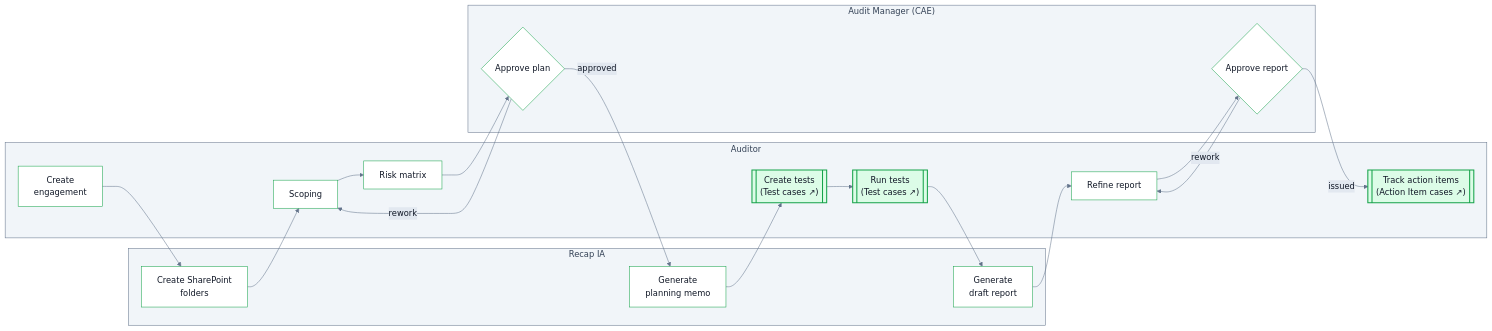
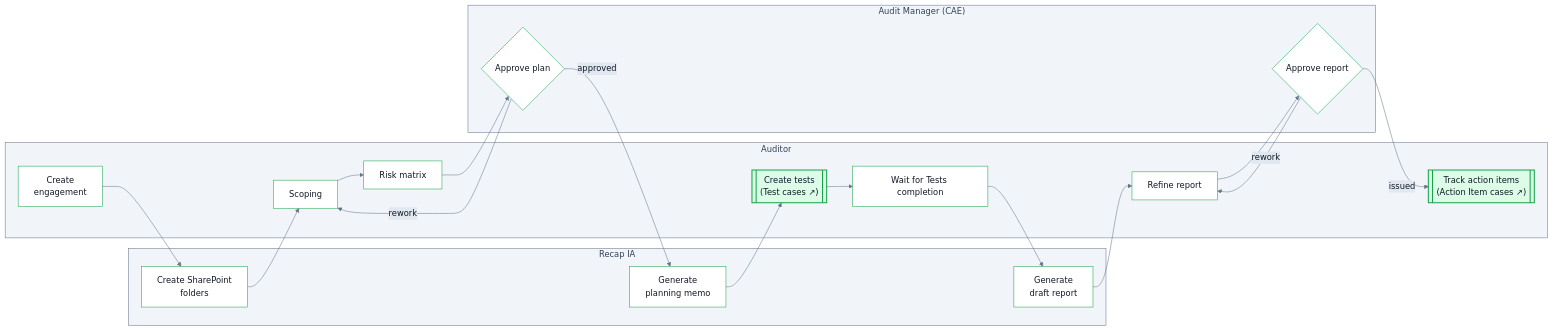
One commit to ArjunMash/docs changed the diagram in engagement.mdx. Above: the diagram before and after it, drawn with Mermaid. The commit also changed other lines of this file and 5 other files, not shown here.

````diff
--- a/engagement.mdx
+++ b/engagement.mdx
@@ -41,29 +41,29 @@
 ```mermaid
 %%{init: {"theme":"base","themeVariables":{"primaryColor":"#ffffff","primaryBorderColor":"#16a34a","primaryTextColor":"#111827","lineColor":"#64748b","clusterBkg":"#f1f5f9","clusterBorder":"#64748b","titleColor":"#334155","edgeLabelBackground":"#e2e8f0","fontFamily":"ui-sans-serif, system-ui, sans-serif"},"flowchart":{"curve":"basis"}}}%%
 flowchart LR
   subgraph SYS["Recap IA"]
     F["Create SharePoint<br/>folders"]
     PM["Generate<br/>planning memo"]
     RG["Generate<br/>draft report"]
   end
   subgraph AUD["Auditor"]
     CE["Create<br/>engagement"]
     SC["Scoping"]
     RM["Risk matrix"]
     CT[["Create tests<br/>(Test cases ↗)"]]
-    TR[["Run tests<br/>(Test cases ↗)"]]
+    TR["Wait for Tests completion"]
     AR["Refine report"]
     TI[["Track action items<br/>(Action Item cases ↗)"]]
   end
   subgraph CAE["Audit Manager (CAE)"]
     PA{"Approve plan"}
     RA{"Approve report"}
   end
   CE --> F --> SC --> RM --> PA
   PA -- "rework" --> SC
   PA -- "approved" --> PM --> CT --> TR --> RG --> AR --> RA
   RA -- "rework" --> AR
   RA -- "issued" --> TI
   classDef case fill:#dcfce7,stroke:#16a34a,stroke-width:2px;
-  class CT,TR,TI case
+  class CT,TI case
 ```
````
